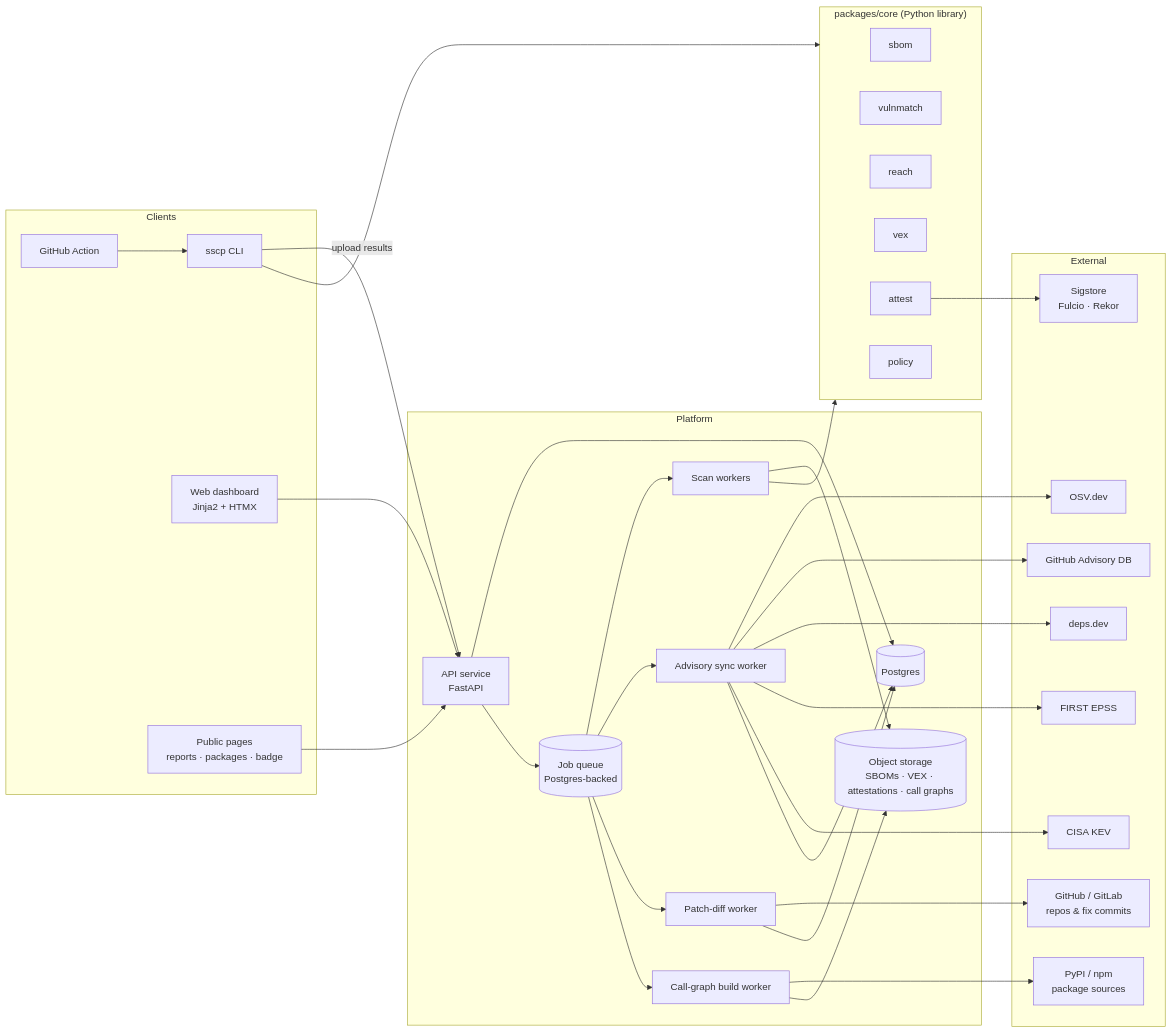
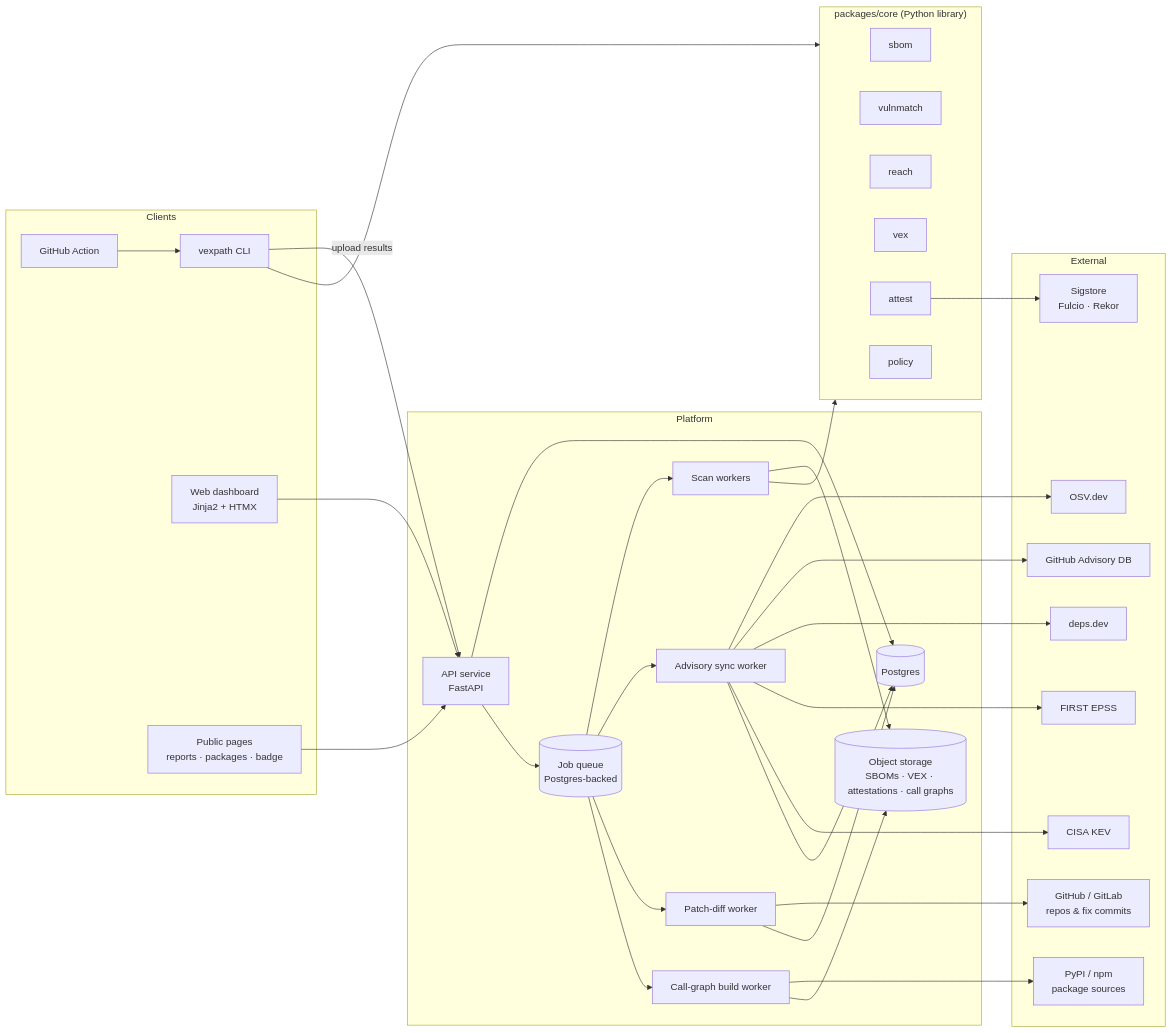
The first of 3 diagrams in docs/01-architecture.md (Unknown122-coder/vexpath), drawn with Mermaid before and after one commit. The commit also changed other lines of this file and 175 other files, not shown here.

````diff
--- a/docs/01-architecture.md
+++ b/docs/01-architecture.md
@@ -7,58 +7,58 @@
 ```mermaid
 flowchart LR
     subgraph Clients
-        CLI[sscp CLI]
+        CLI[vexpath CLI]
         GHA[GitHub Action]
         WEB[Web dashboard<br/>Jinja2 + HTMX]
         PUB[Public pages<br/>reports · packages · badge]
     end
 
     subgraph Platform
         API[API service<br/>FastAPI]
         Q[(Job queue<br/>Postgres-backed)]
         W1[Scan workers]
         W2[Advisory sync worker]
         W3[Patch-diff worker]
         W4[Call-graph build worker]
         DB[(Postgres)]
         OBJ[(Object storage<br/>SBOMs · VEX · attestations · call graphs)]
     end
 
     subgraph Core["packages/core (Python library)"]
         SBOM[sbom]
         MATCH[vulnmatch]
         REACH[reach]
         VEX[vex]
         ATT[attest]
         POL[policy]
     end
 
     subgraph External
         OSV[OSV.dev]
         GHSA[GitHub Advisory DB]
         DEPS[deps.dev]
         EPSS[FIRST EPSS]
         KEV[CISA KEV]
         GH[GitHub / GitLab<br/>repos & fix commits]
         PYPI[PyPI / npm<br/>package sources]
         SIG[Sigstore<br/>Fulcio · Rekor]
     end
 
     CLI --> Core
     GHA --> CLI
     CLI -- upload results --> API
     WEB --> API
     PUB --> API
     API --> DB
     API --> Q
     Q --> W1 & W2 & W3 & W4
     W1 --> Core
     W1 --> OBJ
     W2 --> OSV & GHSA & DEPS & EPSS & KEV
     W2 --> DB
     W3 --> GH
     W3 --> DB
     W4 --> PYPI
     W4 --> OBJ
     ATT --> SIG
 ```
````
